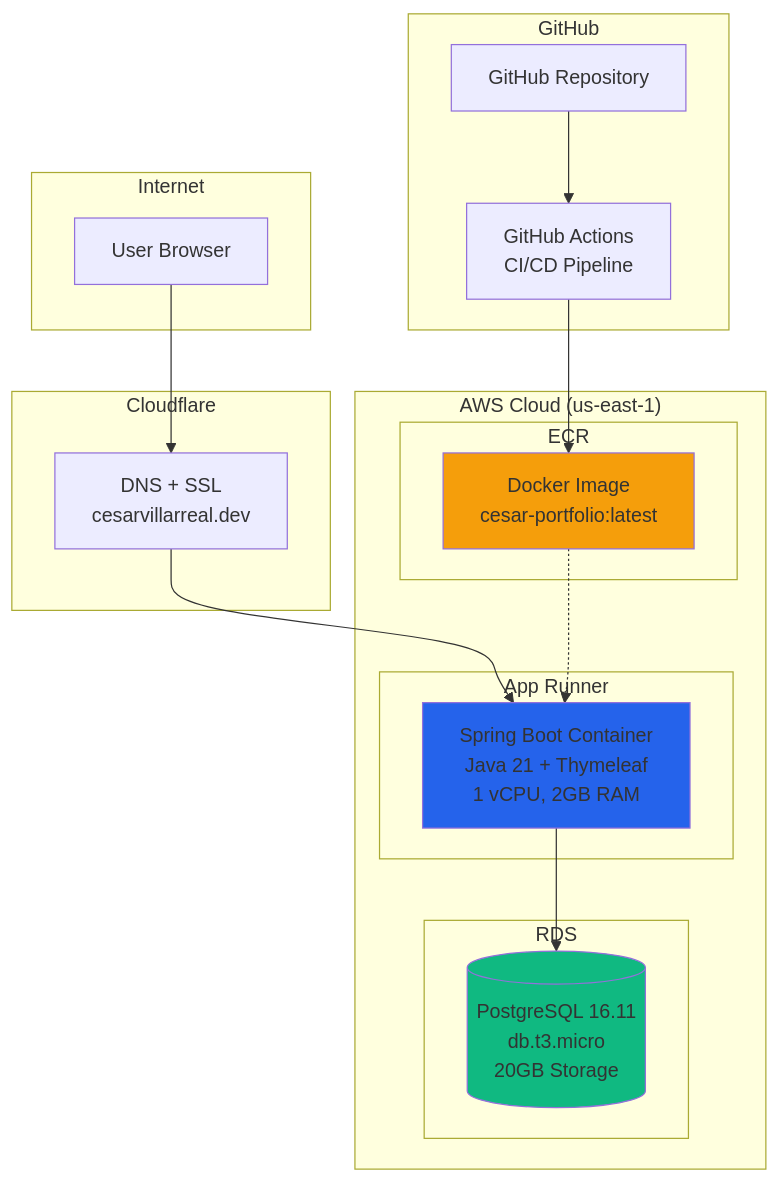
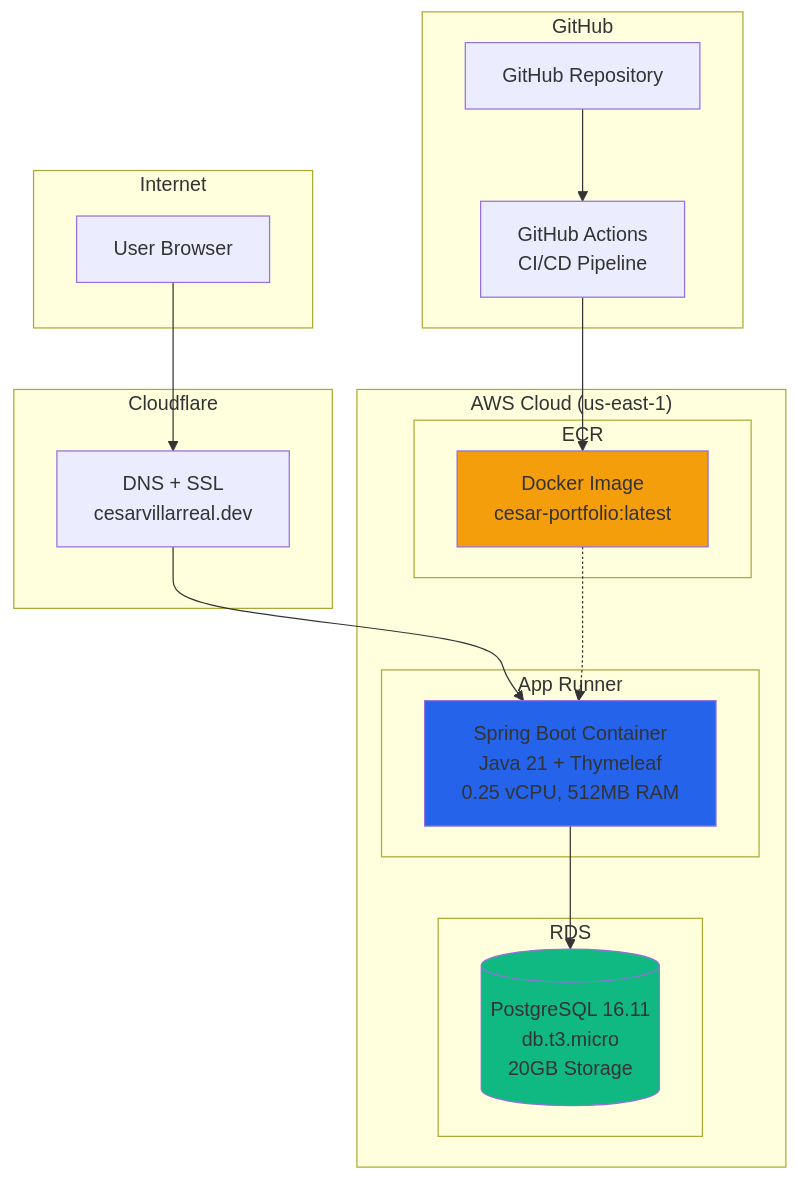
One commit to Cesar6060/cesar-portfolio changed the diagram in docs/AWS_SETUP.md. Above: the diagram before and after it, drawn with Mermaid. The commit also changed other lines of this file and 8 other files, not shown here.

````diff
--- a/docs/AWS_SETUP.md
+++ b/docs/AWS_SETUP.md
@@ -126,40 +127,40 @@
 ```mermaid
 flowchart TB
     subgraph Internet
         User[User Browser]
     end
 
     subgraph Cloudflare
         DNS[DNS + SSL<br/>cesarvillarreal.dev]
     end
 
     subgraph AWS["AWS Cloud (us-east-1)"]
         subgraph AppRunner["App Runner"]
-            Container[Spring Boot Container<br/>Java 21 + Thymeleaf<br/>1 vCPU, 2GB RAM]
+            Container[Spring Boot Container<br/>Java 21 + Thymeleaf<br/>0.25 vCPU, 512MB RAM]
         end
 
         subgraph RDS["RDS"]
             Postgres[(PostgreSQL 16.11<br/>db.t3.micro<br/>20GB Storage)]
         end
 
         subgraph ECR["ECR"]
             Image[Docker Image<br/>cesar-portfolio:latest]
         end
     end
 
     subgraph GitHub
         Repo[GitHub Repository]
         Actions[GitHub Actions<br/>CI/CD Pipeline]
     end
 
     User --> DNS
     DNS --> Container
     Container --> Postgres
     Repo --> Actions
     Actions --> Image
     Image -.-> Container
 
     style Container fill:#2563eb
     style Postgres fill:#10b981
     style Image fill:#f59e0b
 ```
````
